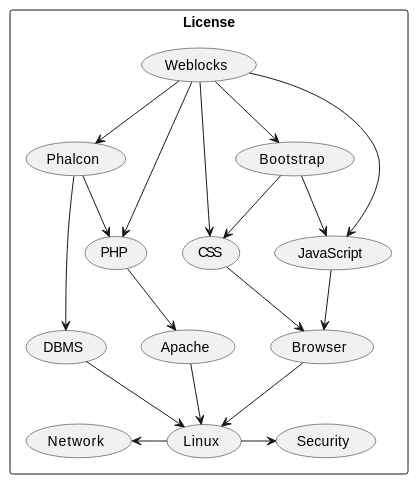
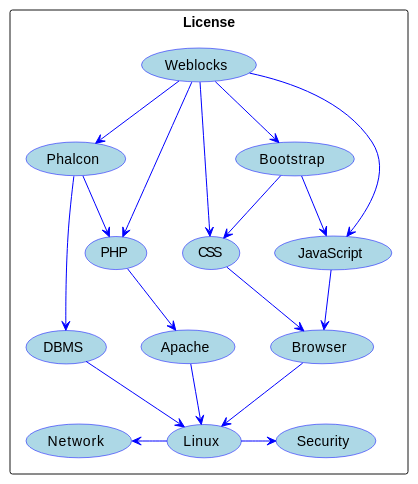
One commit to weblocks/site-source changed the diagram in _plantuml/weblocks_dependency.md. Above: the diagram before and after it, drawn with PlantUML. The commit also changed 8 other files, not shown here.

````diff
--- a/_plantuml/weblocks_dependency.md
+++ b/_plantuml/weblocks_dependency.md
@@ -1,21 +1,28 @@
+```uml
 @startuml
+skinparam usecase {
+  BorderColor blue
+  BackgroundColor lightBlue
+  ArrowColor blue
+}
 rectangle License {
   (Weblocks)-d->(Phalcon)
   Weblocks-d->(PHP)
   Weblocks-d->(Bootstrap)
   Weblocks-d->(CSS)
   Weblocks-d->(JavaScript)
   (Phalcon)-d->(PHP)
   Phalcon-d->(DBMS)
   PHP-d->(Apache)
   Apache-d->(Linux)
   DBMS-d-> Linux
   Bootstrap-d->CSS
   Bootstrap-d->JavaScript
   CSS-d->(Browser)
   JavaScript-d->Browser
   Browser-d->Linux
   Linux-l->(Network)
   Linux-r->(Security)
 }
 @enduml
+```
````
